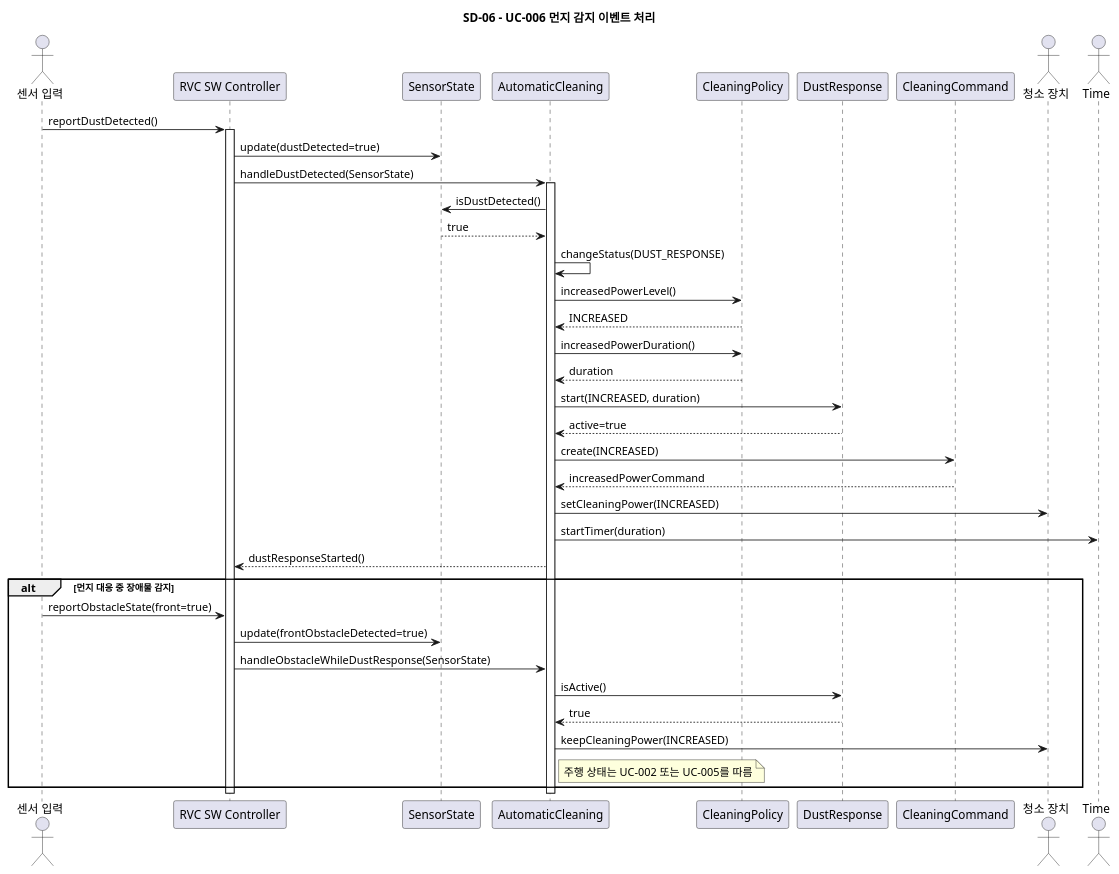
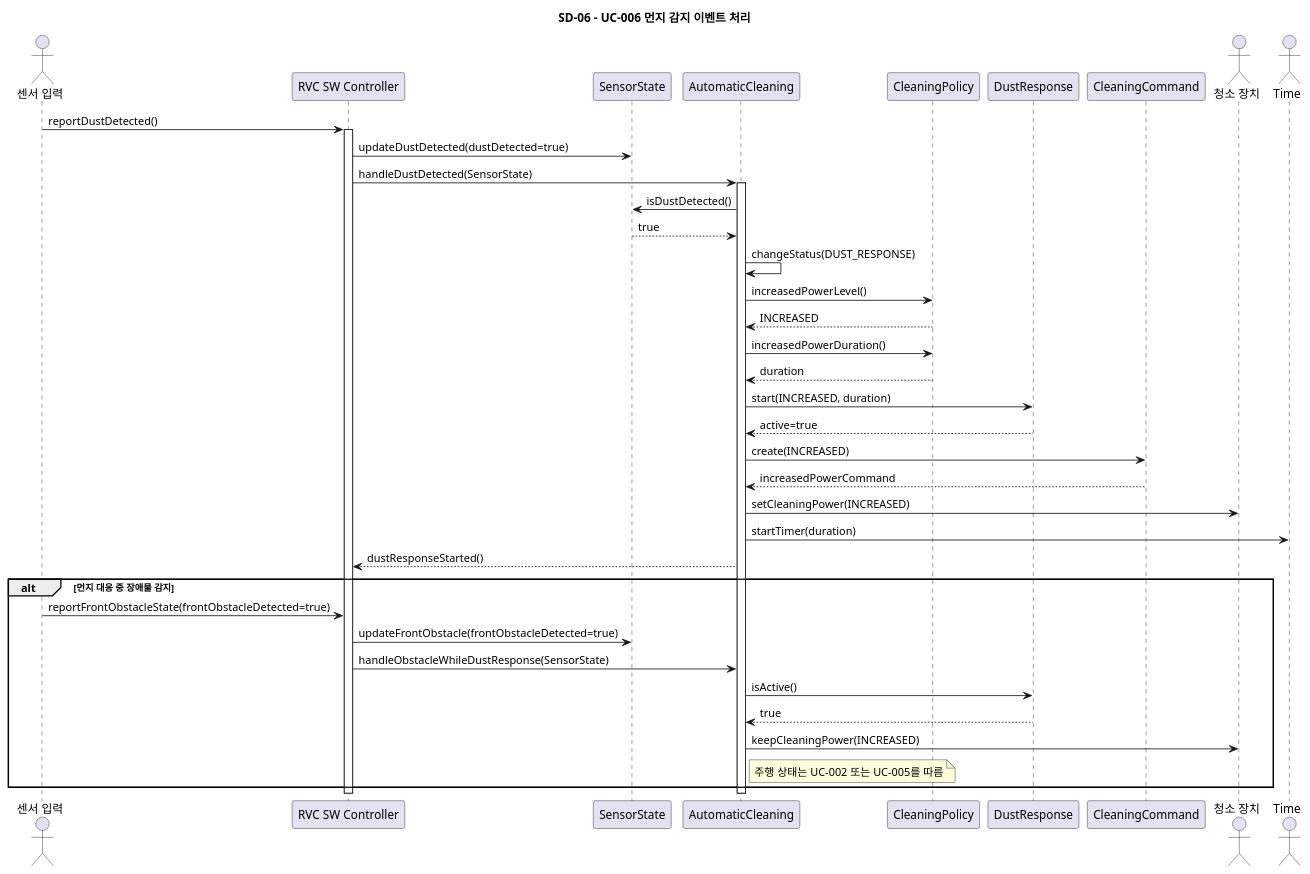
Before and after one commit to OOAD-Team3/Robot-Vacuum-Cleaner-AI: the diagram in docs/sd/SD-06.puml, drawn with PlantUML. The commit also changed 14 other files, not shown here.

Commit message:
docs: address diagram review feedback

```diff
--- a/docs/sd/SD-06.puml
+++ b/docs/sd/SD-06.puml
@@ -6,46 +6,46 @@
 @startuml SD_06_UC006_Handle_Dust_Detected
 title SD-06 - UC-006 먼지 감지 이벤트 처리
 
 actor "센서 입력" as Sensor
 participant "RVC SW Controller" as Controller
 participant "SensorState" as SensorState
 participant "AutomaticCleaning" as Cleaning
 participant "CleaningPolicy" as Policy
 participant "DustResponse" as DustResponse
 participant "CleaningCommand" as CleaningCommand
 actor "청소 장치" as Cleaner
 actor "Time" as Time
 
 Sensor -> Controller: reportDustDetected()
 activate Controller
-Controller -> SensorState: update(dustDetected=true)
+Controller -> SensorState: updateDustDetected(dustDetected=true)
 Controller -> Cleaning: handleDustDetected(SensorState)
 activate Cleaning
 Cleaning -> SensorState: isDustDetected()
 SensorState --> Cleaning: true
 Cleaning -> Cleaning: changeStatus(DUST_RESPONSE)
 Cleaning -> Policy: increasedPowerLevel()
 Policy --> Cleaning: INCREASED
 Cleaning -> Policy: increasedPowerDuration()
 Policy --> Cleaning: duration
 Cleaning -> DustResponse: start(INCREASED, duration)
 DustResponse --> Cleaning: active=true
 Cleaning -> CleaningCommand: create(INCREASED)
 CleaningCommand --> Cleaning: increasedPowerCommand
 Cleaning -> Cleaner: setCleaningPower(INCREASED)
 Cleaning -> Time: startTimer(duration)
 Cleaning --> Controller: dustResponseStarted()
 
 alt 먼지 대응 중 장애물 감지
-    Sensor -> Controller: reportObstacleState(front=true)
-    Controller -> SensorState: update(frontObstacleDetected=true)
+    Sensor -> Controller: reportFrontObstacleState(frontObstacleDetected=true)
+    Controller -> SensorState: updateFrontObstacle(frontObstacleDetected=true)
     Controller -> Cleaning: handleObstacleWhileDustResponse(SensorState)
     Cleaning -> DustResponse: isActive()
     DustResponse --> Cleaning: true
     Cleaning -> Cleaner: keepCleaningPower(INCREASED)
     note right of Cleaning: 주행 상태는 UC-002 또는 UC-005를 따름
 end
 
 deactivate Cleaning
 deactivate Controller
 @enduml
```
